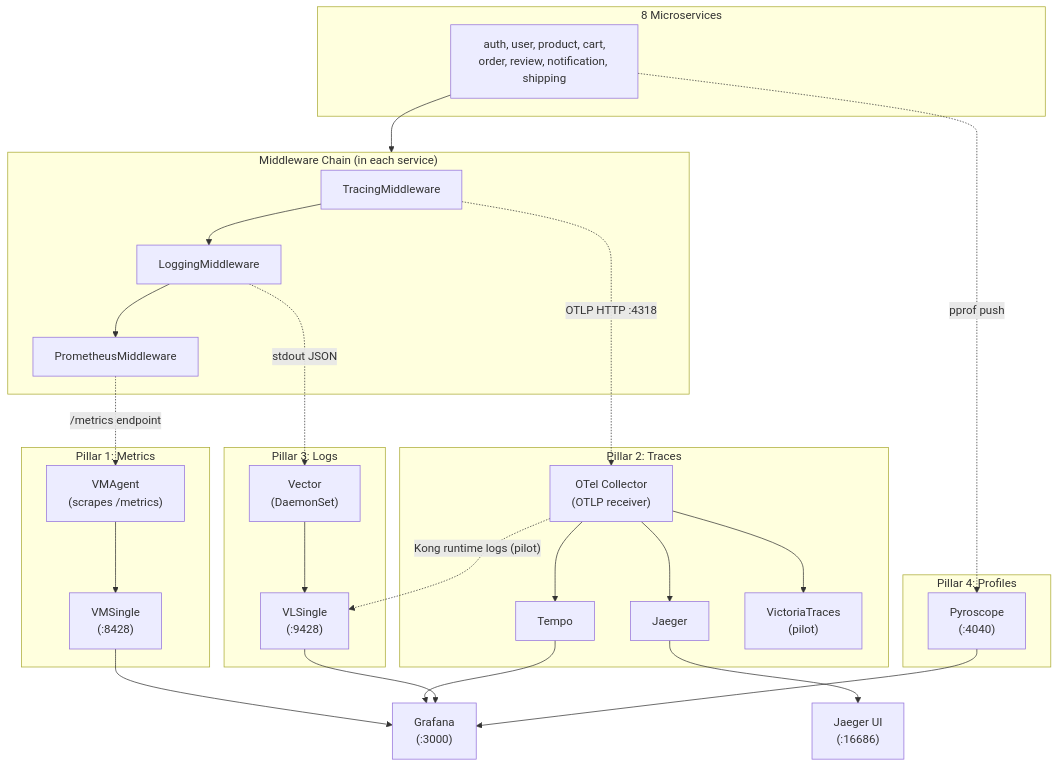
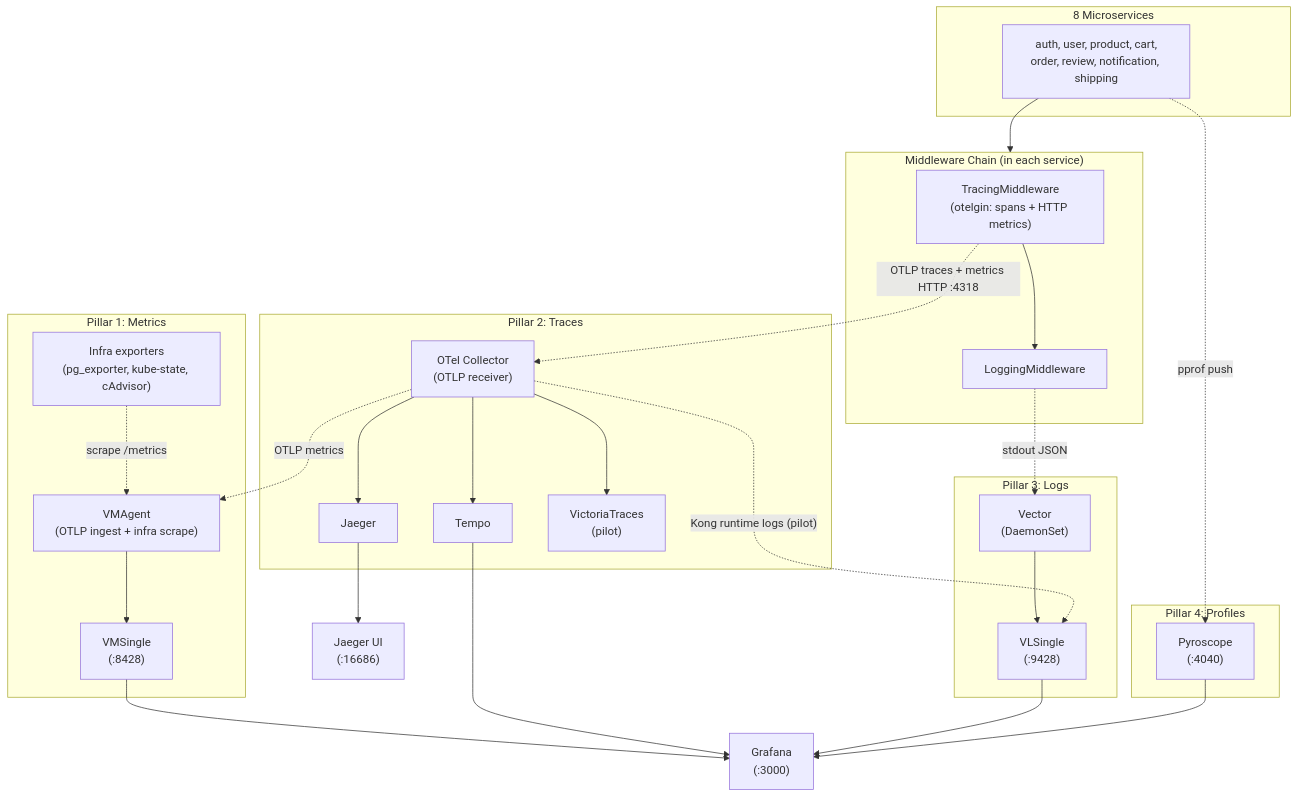
One commit to duynhlab/homelab changed the third of 7 diagrams in docs/observability/runbooks/observability-deep-dive.md. Above: the diagram before and after it, drawn with Mermaid. The commit also changed other lines of this file and 24 other files, not shown here.

````diff
--- a/docs/observability/runbooks/observability-deep-dive.md
+++ b/docs/observability/runbooks/observability-deep-dive.md
@@ -173,41 +175,42 @@
 ```mermaid
 flowchart TD
     subgraph apps ["8 Microservices"]
         S["auth, user, product, cart,\norder, review, notification, shipping"]
     end
 
     subgraph middleware ["Middleware Chain (in each service)"]
-        M1["TracingMiddleware"] --> M2["LoggingMiddleware"] --> M3["PrometheusMiddleware"]
+        M1["TracingMiddleware\n(otelgin: spans + HTTP metrics)"] --> M2["LoggingMiddleware"]
     end
 
     subgraph metrics ["Pillar 1: Metrics"]
-        VMAgent["VMAgent\n(scrapes /metrics)"] --> VMSingle["VMSingle\n(:8428)"]
+        VMAgent["VMAgent\n(OTLP ingest + infra scrape)"] --> VMSingle["VMSingle\n(:8428)"]
+        Infra["Infra exporters\n(pg_exporter, kube-state, cAdvisor)"] -.->|"scrape /metrics"| VMAgent
     end
 
     subgraph traces ["Pillar 2: Traces"]
         OTel["OTel Collector\n(OTLP receiver)"] --> Tempo["Tempo"]
         OTel --> Jaeger["Jaeger"]
         OTel --> VT["VictoriaTraces\n(pilot)"]
     end
 
     subgraph logs ["Pillar 3: Logs"]
         Vector["Vector\n(DaemonSet)"] --> VLSingle["VLSingle\n(:9428)"]
     end
     OTel -.->|"Kong runtime logs (pilot)"| VLSingle
 
     subgraph profiles ["Pillar 4: Profiles"]
         Pyroscope["Pyroscope\n(:4040)"]
     end
 
     S --> middleware
-    M3 -.->|"/metrics endpoint"| VMAgent
-    M1 -.->|"OTLP HTTP :4318"| OTel
+    M1 -.->|"OTLP traces + metrics HTTP :4318"| OTel
     M2 -.->|"stdout JSON"| Vector
     S -.->|"pprof push"| Pyroscope
+    OTel -.->|"OTLP metrics"| VMAgent
 
     VMSingle --> Grafana["Grafana\n(:3000)"]
     Tempo --> Grafana
     VLSingle --> Grafana
     Pyroscope --> Grafana
     Jaeger --> JaegerUI["Jaeger UI\n(:16686)"]
 ```
````
